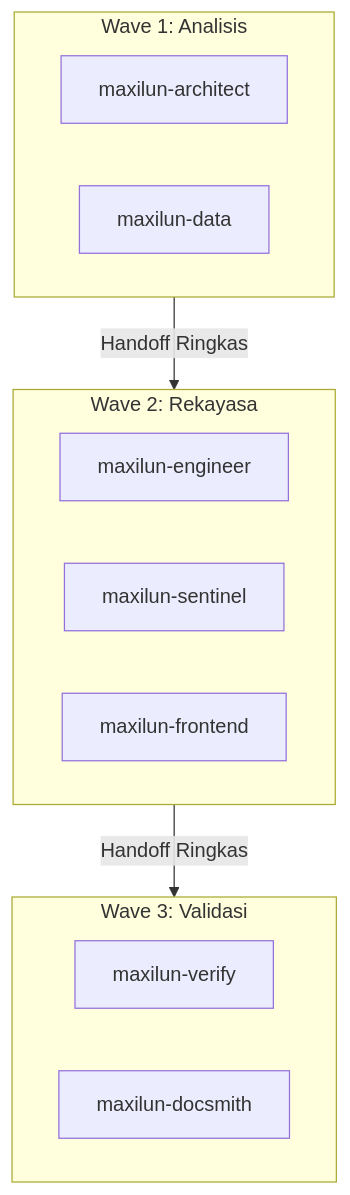
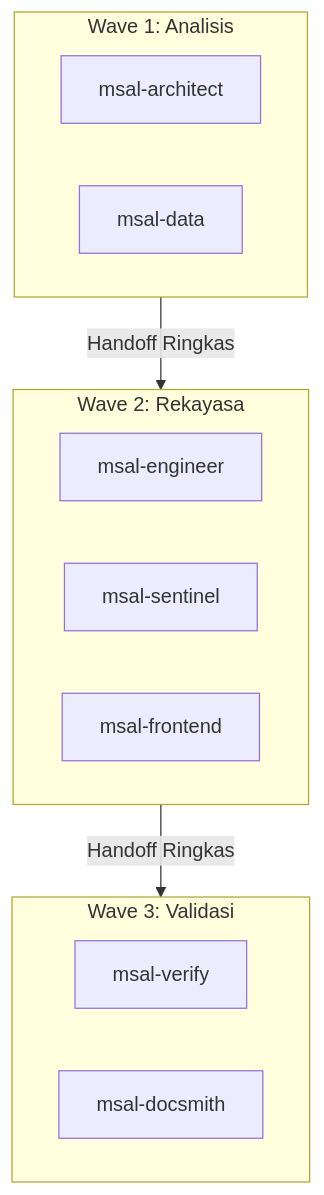
One commit to giriedu/maxilun changed the diagram in docs/EXAMPLES.md. Above: the diagram before and after it, drawn with Mermaid. The commit also changed other lines of this file and 34 other files, not shown here.

````diff
--- a/docs/EXAMPLES.md
+++ b/docs/EXAMPLES.md
@@ -13,21 +13,21 @@
 ```mermaid
 flowchart TD
     W1[Wave 1: Desain & Skema] -->|Handoff Ringkas| W2[Wave 2: Implementasi & Keamanan]
     W2 -->|Handoff Ringkas| W3[Wave 3: Pengujian & Dokumentasi]
     
     subgraph W1 [Wave 1: Analisis]
-        A[maxilun-architect]
-        D[maxilun-data]
+        A[msal-architect]
+        D[msal-data]
     end
     
     subgraph W2 [Wave 2: Rekayasa]
-        E[maxilun-engineer]
-        S[maxilun-sentinel]
-        F[maxilun-frontend]
+        E[msal-engineer]
+        S[msal-sentinel]
+        F[msal-frontend]
     end
     
     subgraph W3 [Wave 3: Validasi]
-        V[maxilun-verify]
-        DOC[maxilun-docsmith]
+        V[msal-verify]
+        DOC[msal-docsmith]
     end
 ```
````
